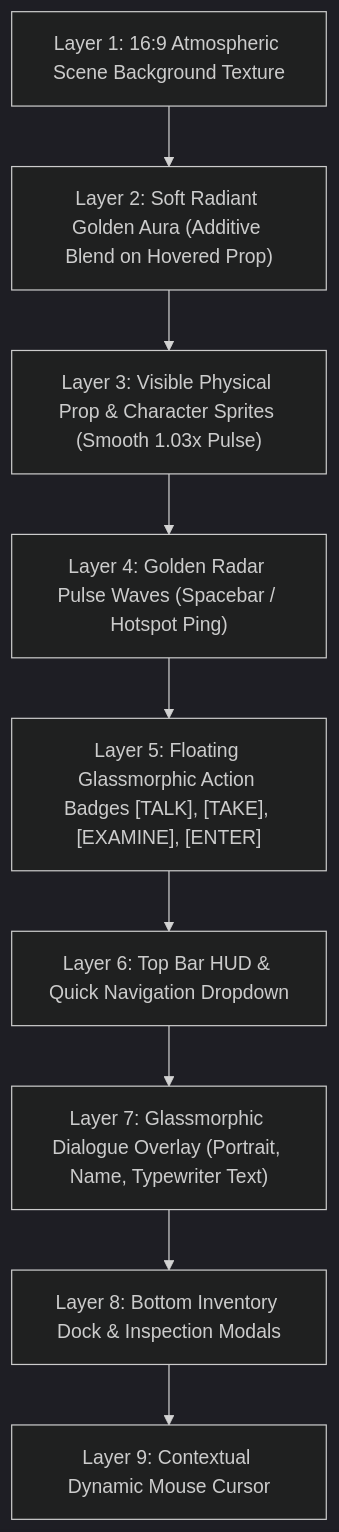
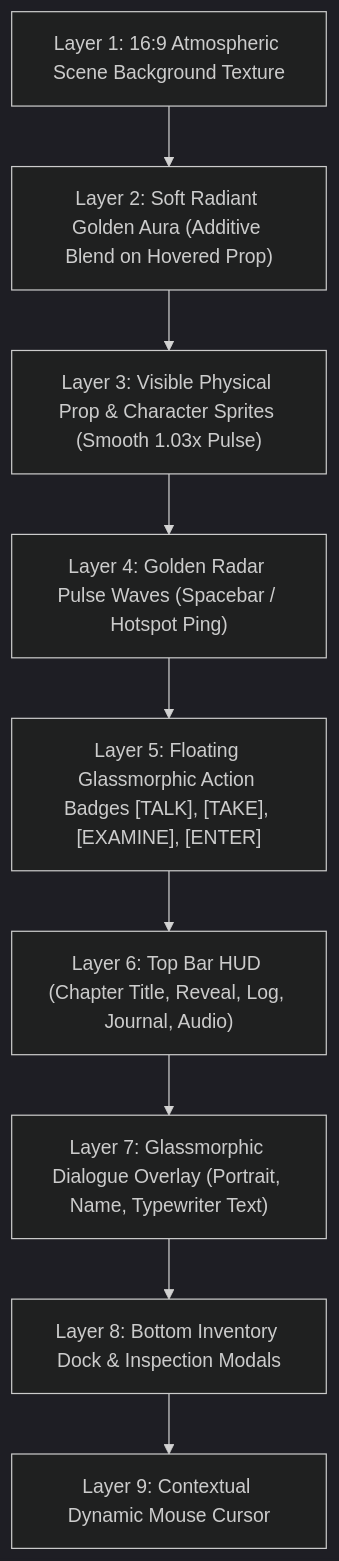
Before and after one commit to roblar658/terrible_ai_generated_goodvoiced_adventuregame: the second of 5 diagrams in README.md, drawn with Mermaid (dark theme). The commit also changed other lines of this file and 172 other files, not shown here.

Commit message:
Enhance narrative gameplay: integrated item mechanics for all 7 inventory items, multi-tier branching dialogue trees with >=4 root choices, removed chapter dropdown, and achieved 100% text-to-voice synchronization across 182 neural voice lines

````diff
--- a/README.md
+++ b/README.md
@@ -89,21 +89,21 @@
 ```mermaid
 graph TD
     L1["Layer 1: 16:9 Atmospheric Scene Background Texture"]
     L2["Layer 2: Soft Radiant Golden Aura (Additive Blend on Hovered Prop)"]
     L3["Layer 3: Visible Physical Prop & Character Sprites (Smooth 1.03x Pulse)"]
     L4["Layer 4: Golden Radar Pulse Waves (Spacebar / Hotspot Ping)"]
     L5["Layer 5: Floating Glassmorphic Action Badges [TALK], [TAKE], [EXAMINE], [ENTER]"]
-    L6["Layer 6: Top Bar HUD & Quick Navigation Dropdown"]
+    L6["Layer 6: Top Bar HUD (Chapter Title, Reveal, Log, Journal, Audio)"]
     L7["Layer 7: Glassmorphic Dialogue Overlay (Portrait, Name, Typewriter Text)"]
     L8["Layer 8: Bottom Inventory Dock & Inspection Modals"]
     L9["Layer 9: Contextual Dynamic Mouse Cursor"]
 
     L1 --> L2
     L2 --> L3
     L3 --> L4
     L4 --> L5
     L5 --> L6
     L6 --> L7
     L7 --> L8
     L8 --> L9
 ```
````
